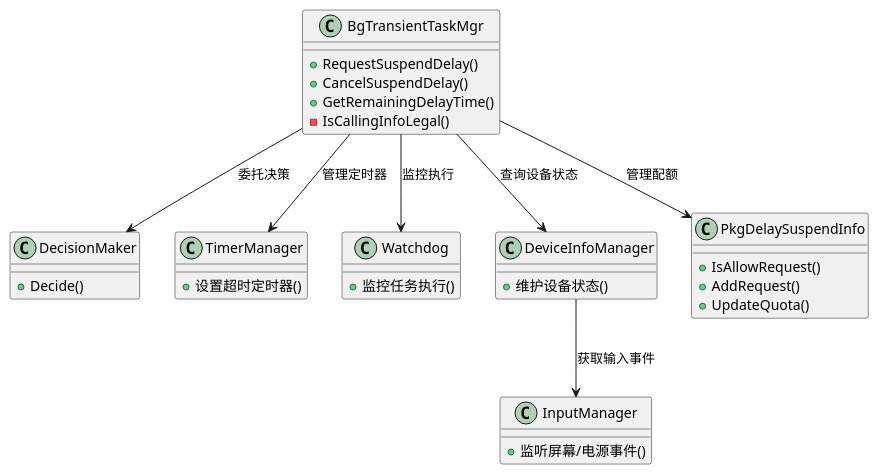
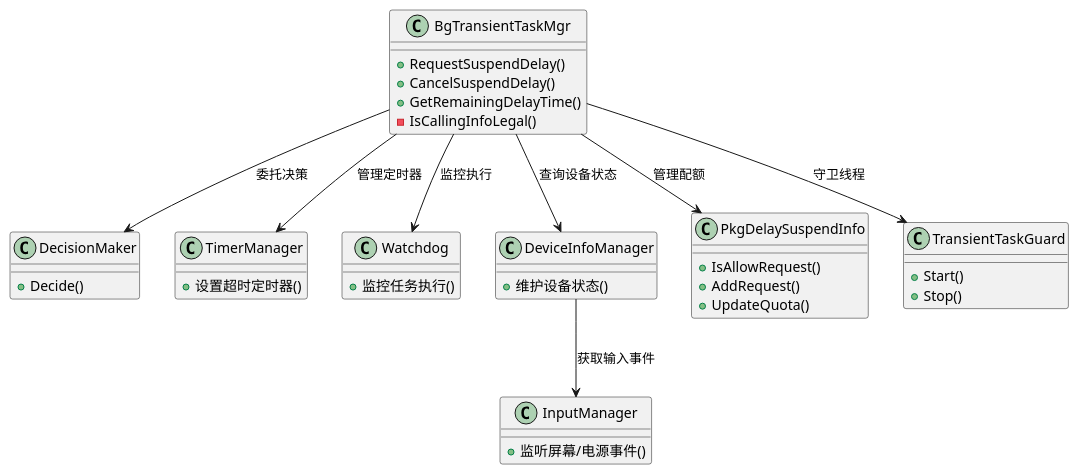
The second of 2 diagrams in docs/design/transient_task.md (eclipse-oniro-mirrors/resourceschedule_background_task_mgr), drawn with PlantUML before and after one commit. The commit also changed other lines of this file and 8 other files, not shown here.

````diff
--- a/docs/design/transient_task.md
+++ b/docs/design/transient_task.md
@@ -163,43 +164,49 @@
 ```plantuml
 @startuml
 class BgTransientTaskMgr {
   +RequestSuspendDelay()
   +CancelSuspendDelay()
   +GetRemainingDelayTime()
   -IsCallingInfoLegal()
 }
 
 class DecisionMaker {
   +Decide()
 }
 
 class TimerManager {
   +设置超时定时器()
 }
 
 class Watchdog {
   +监控任务执行()
 }
 
 class DeviceInfoManager {
   +维护设备状态()
 }
 
 class InputManager {
   +监听屏幕/电源事件()
 }
 
 class PkgDelaySuspendInfo {
   +IsAllowRequest()
   +AddRequest()
   +UpdateQuota()
 }
 
+class TransientTaskGuard {
+  +Start()
+  +Stop()
+}
+
 BgTransientTaskMgr --> DecisionMaker : 委托决策
 BgTransientTaskMgr --> TimerManager : 管理定时器
 BgTransientTaskMgr --> Watchdog : 监控执行
 BgTransientTaskMgr --> DeviceInfoManager : 查询设备状态
 BgTransientTaskMgr --> PkgDelaySuspendInfo : 管理配额
+BgTransientTaskMgr --> TransientTaskGuard : 守卫线程
 DeviceInfoManager --> InputManager : 获取输入事件
 @enduml
 ```
````
